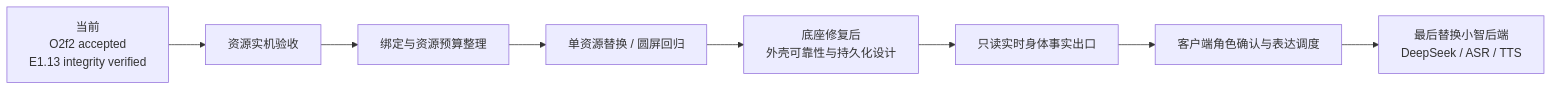
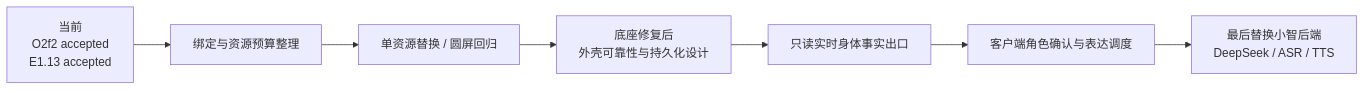
The diagram in docs/roadmap.md (404-NOT-FOUND-ERROR/DeskBot-Hardware), drawn with Mermaid before and after one commit. The commit also changed other lines of this file and 9 other files, not shown here.

````diff
--- a/docs/roadmap.md
+++ b/docs/roadmap.md
@@ -5,10 +5,9 @@
 ```mermaid
 flowchart LR
-    A[当前\nO2f2 accepted\nE1.13 integrity verified] --> B[资源实机验收]
-    B --> C[绑定与资源预算整理]
-    C --> D[单资源替换 / 圆屏回归]
-    D --> E[底座修复后\n外壳可靠性与持久化设计]
-    E --> F[只读实时身体事实出口]
-    F --> G[客户端角色确认与表达调度]
-    G --> H[最后替换小智后端\nDeepSeek / ASR / TTS]
+    A[当前\nO2f2 accepted\nE1.13 accepted] --> B[绑定与资源预算整理]
+    B --> C[单资源替换 / 圆屏回归]
+    C --> D[底座修复后\n外壳可靠性与持久化设计]
+    D --> E[只读实时身体事实出口]
+    E --> F[客户端角色确认与表达调度]
+    F --> G[最后替换小智后端\nDeepSeek / ASR / TTS]
 ```
````
